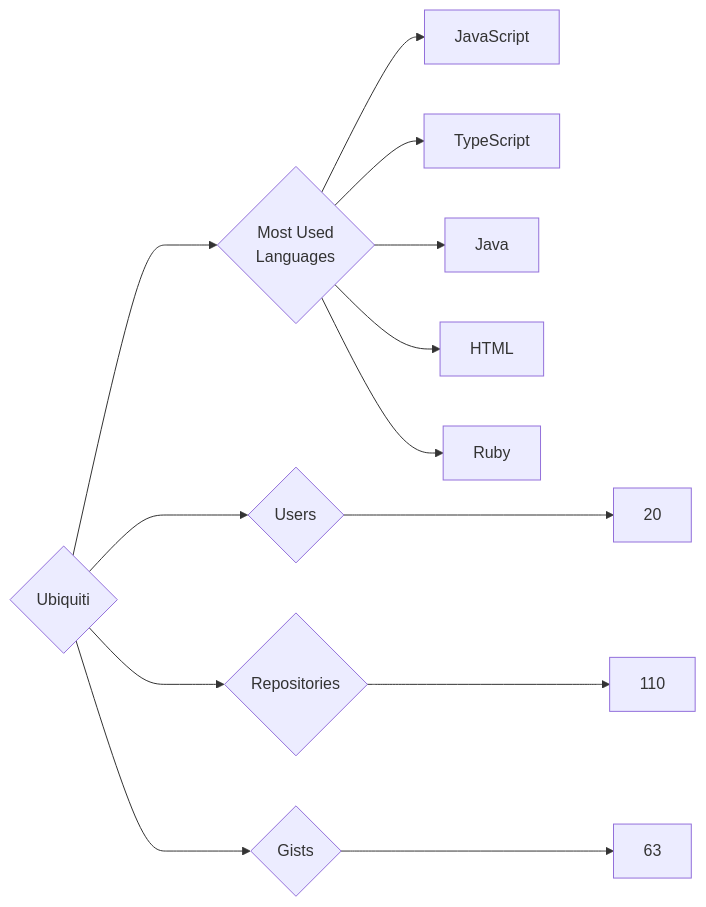
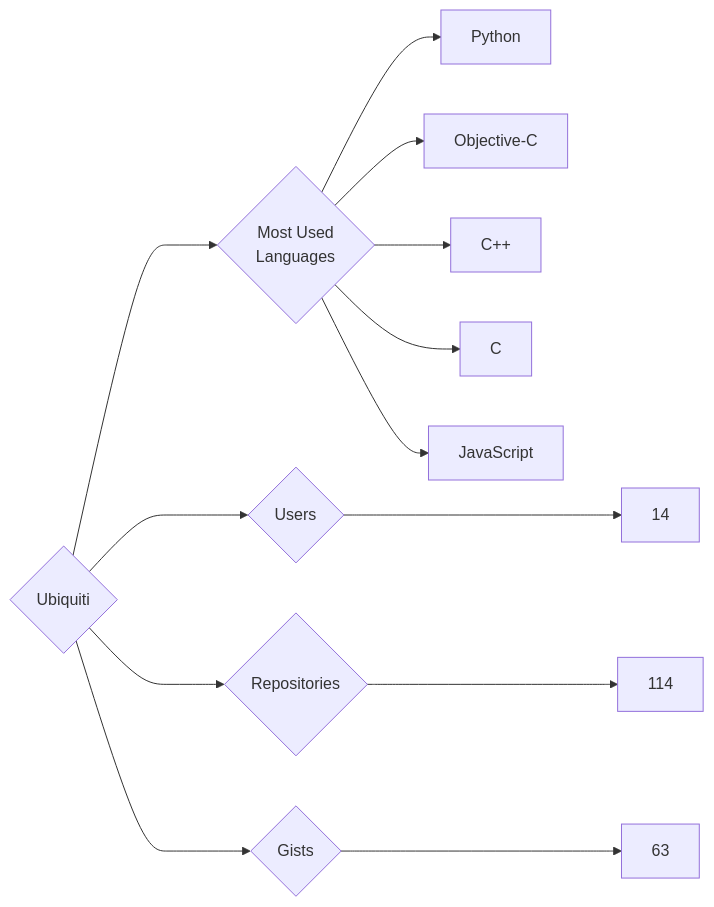
One commit to trickest/insiders changed the diagram in targets/Ubiquiti/README.md. Above: the diagram before and after it, drawn with Mermaid. The commit also changed 725 other files, not shown here.

````diff
--- a/targets/Ubiquiti/README.md
+++ b/targets/Ubiquiti/README.md
@@ -3,13 +3,13 @@
 ```mermaid
 graph LR
 COMPANY_NAME{Ubiquiti}
-COMPANY_NAME ---> U{Users} ---> UN[20]
-COMPANY_NAME ---> R{Repositories} ---> RN[110]
+COMPANY_NAME ---> U{Users} ---> UN[14]
+COMPANY_NAME ---> R{Repositories} ---> RN[114]
 COMPANY_NAME ---> G{Gists} ---> GN[63]
 COMPANY_NAME ---> ML{Most Used<br>Languages}
+ML --> Python[Python]
+ML --> Objective-C[Objective-C]
+ML --> C++[C++]
+ML --> C[C]
 ML --> JavaScript[JavaScript]
-ML --> TypeScript[TypeScript]
-ML --> Java[Java]
-ML --> HTML[HTML]
-ML --> Ruby[Ruby]
 ```
````
